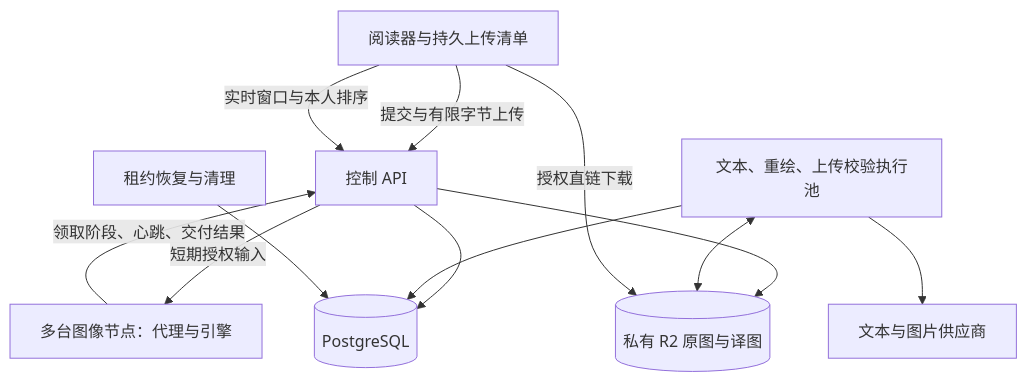
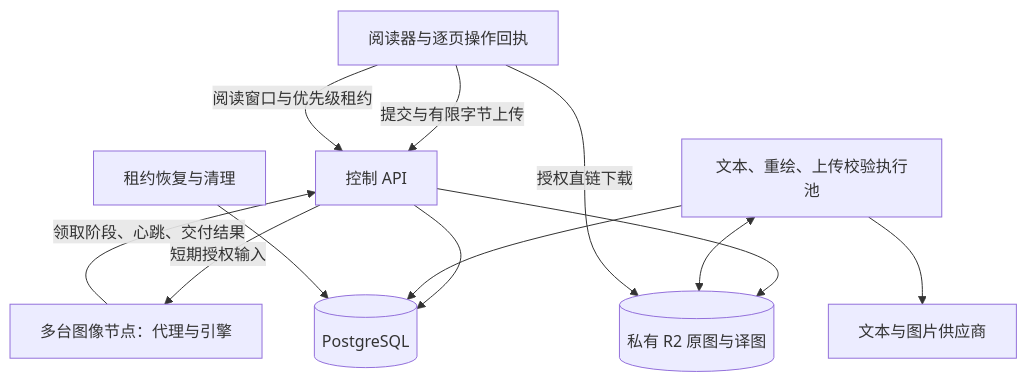
The first of 2 diagrams in docs/TRANSLATION_CLUSTER_DESIGN.md (Wy2926/node-comics), drawn with Mermaid before and after one commit. The commit also changed other lines of this file and 147 other files, not shown here.

````diff
--- a/docs/TRANSLATION_CLUSTER_DESIGN.md
+++ b/docs/TRANSLATION_CLUSTER_DESIGN.md
@@ -25,14 +25,14 @@
 ```mermaid
 flowchart TB
-  Reader[阅读器与持久上传清单] -->|提交与有限字节上传| API[控制 API]
-  Reader -->|实时窗口与本人排序| API
+  Reader[阅读器与逐页操作回执] -->|提交与有限字节上传| API[控制 API]
+  Reader -->|阅读窗口与优先级租约| API
   API --> DB[(PostgreSQL)]
   API --> R2[(私有 R2 原图与译图)]
   Nodes[多台图像节点：代理与引擎] -->|领取阶段、心跳、交付结果| API
   API -->|短期授权输入| Nodes
   Control[文本、重绘、上传校验执行池] --> DB
   Control <--> R2
   Control --> Providers[文本与图片供应商]
   Reader -->|授权直链下载| R2
   Maintenance[租约恢复与清理] --> DB
 ```
````
